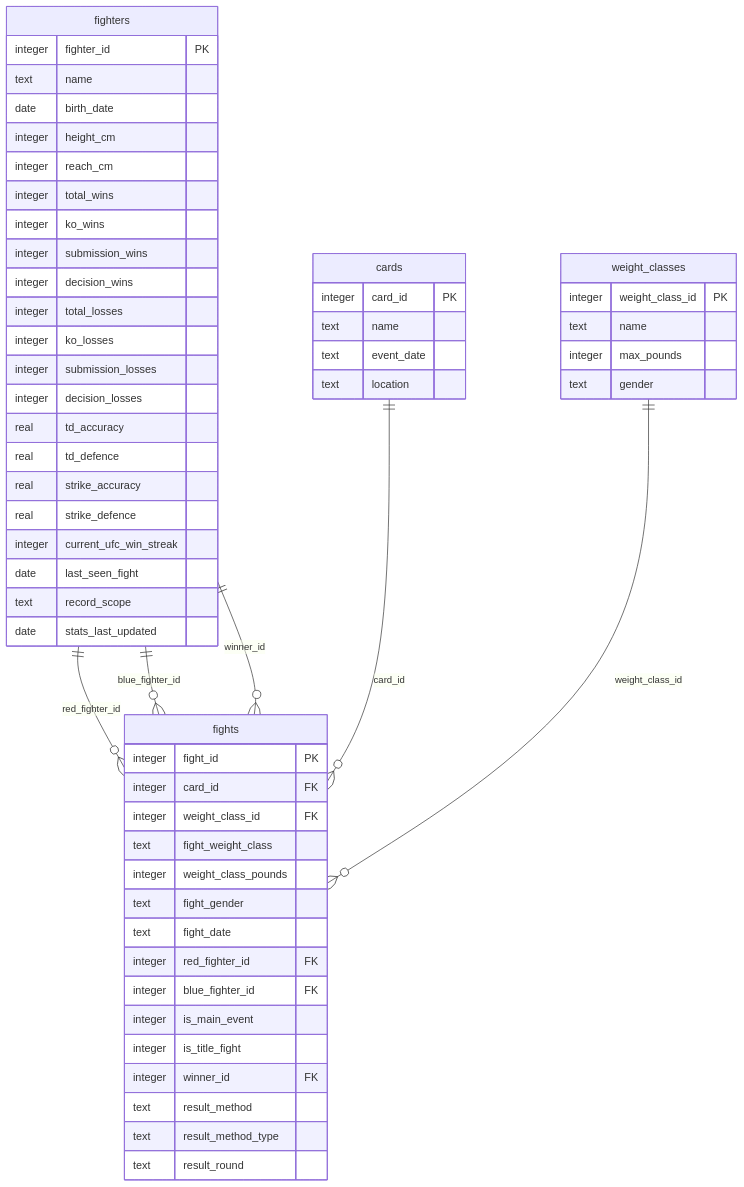
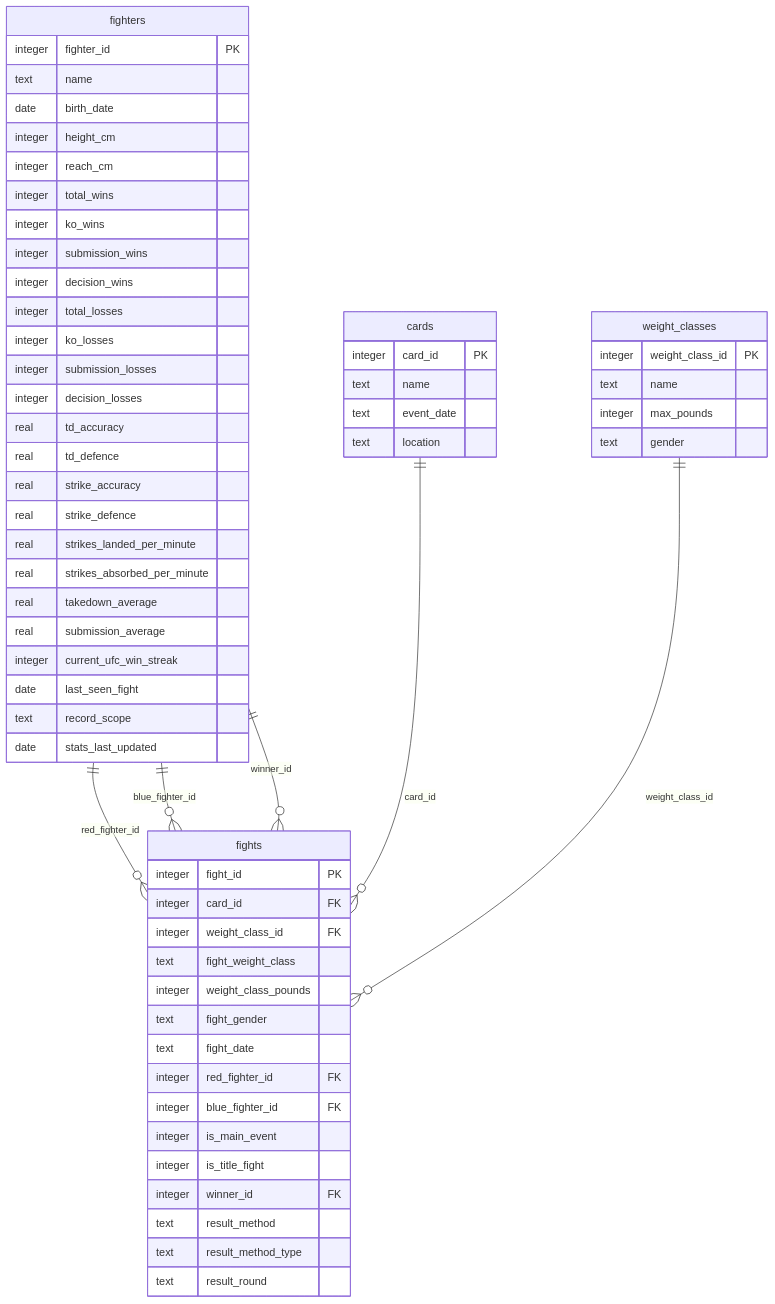
The diagram in services/fight-predictor-api/README.md (waltwengert/ww-web-apps), drawn with Mermaid before and after one commit. The commit also changed 5 other files, not shown here.

````diff
--- a/services/fight-predictor-api/README.md
+++ b/services/fight-predictor-api/README.md
@@ -13,64 +13,68 @@
 ```mermaid
 erDiagram
     fighters ||--o{ fights : "red_fighter_id"
     fighters ||--o{ fights : "blue_fighter_id"
     fighters ||--o{ fights : "winner_id"
     cards ||--o{ fights : "card_id"
     weight_classes ||--o{ fights : "weight_class_id"
 
     fighters {
         integer fighter_id PK
         text name
         date birth_date
         integer height_cm
         integer reach_cm
         integer total_wins
         integer ko_wins
         integer submission_wins
         integer decision_wins
         integer total_losses
         integer ko_losses
         integer submission_losses
         integer decision_losses
         real td_accuracy
         real td_defence
         real strike_accuracy
         real strike_defence
+        real strikes_landed_per_minute
+        real strikes_absorbed_per_minute
+        real takedown_average
+        real submission_average
         integer current_ufc_win_streak
         date last_seen_fight
         text record_scope
         date stats_last_updated
     }
 
     cards {
         integer card_id PK
         text name
         text event_date
         text location
     }
 
     weight_classes {
         integer weight_class_id PK
         text name
         integer max_pounds
         text gender
     }
 
     fights {
         integer fight_id PK
         integer card_id FK
         integer weight_class_id FK
         text fight_weight_class
         integer weight_class_pounds
         text fight_gender
         text fight_date
         integer red_fighter_id FK
         integer blue_fighter_id FK
         integer is_main_event
         integer is_title_fight
         integer winner_id FK
         text result_method
         text result_method_type
         text result_round
     }
 ```
````
